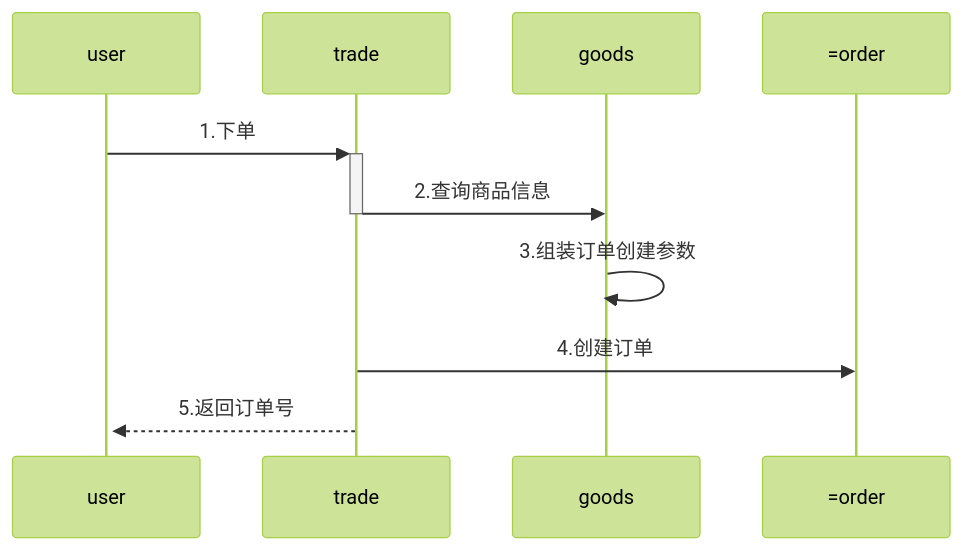
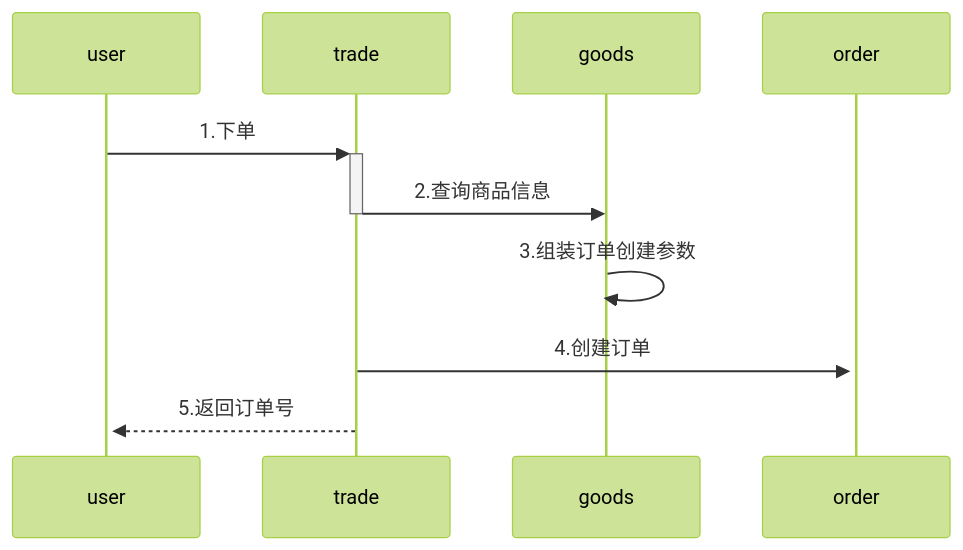
One commit to yingjianzh/iodraw-files changed the diagram in all/未命名-6.md. Above: the diagram before and after it, drawn with Mermaid (forest theme).

Commit message:
2024-08-19 15:09:38 update

````diff
--- a/all/未命名-6.md
+++ b/all/未命名-6.md
@@ -1,8 +1,8 @@
 ```mermaid
 sequenceDiagram
     user->>+trade: 1.下单
     trade->>-goods: 2.查询商品信息
     goods->>+goods: 3.组装订单创建参数
-    trade->>=order: 4.创建订单
+    trade->>+order: 4.创建订单
     trade-->>+user: 5.返回订单号
 ```
````
